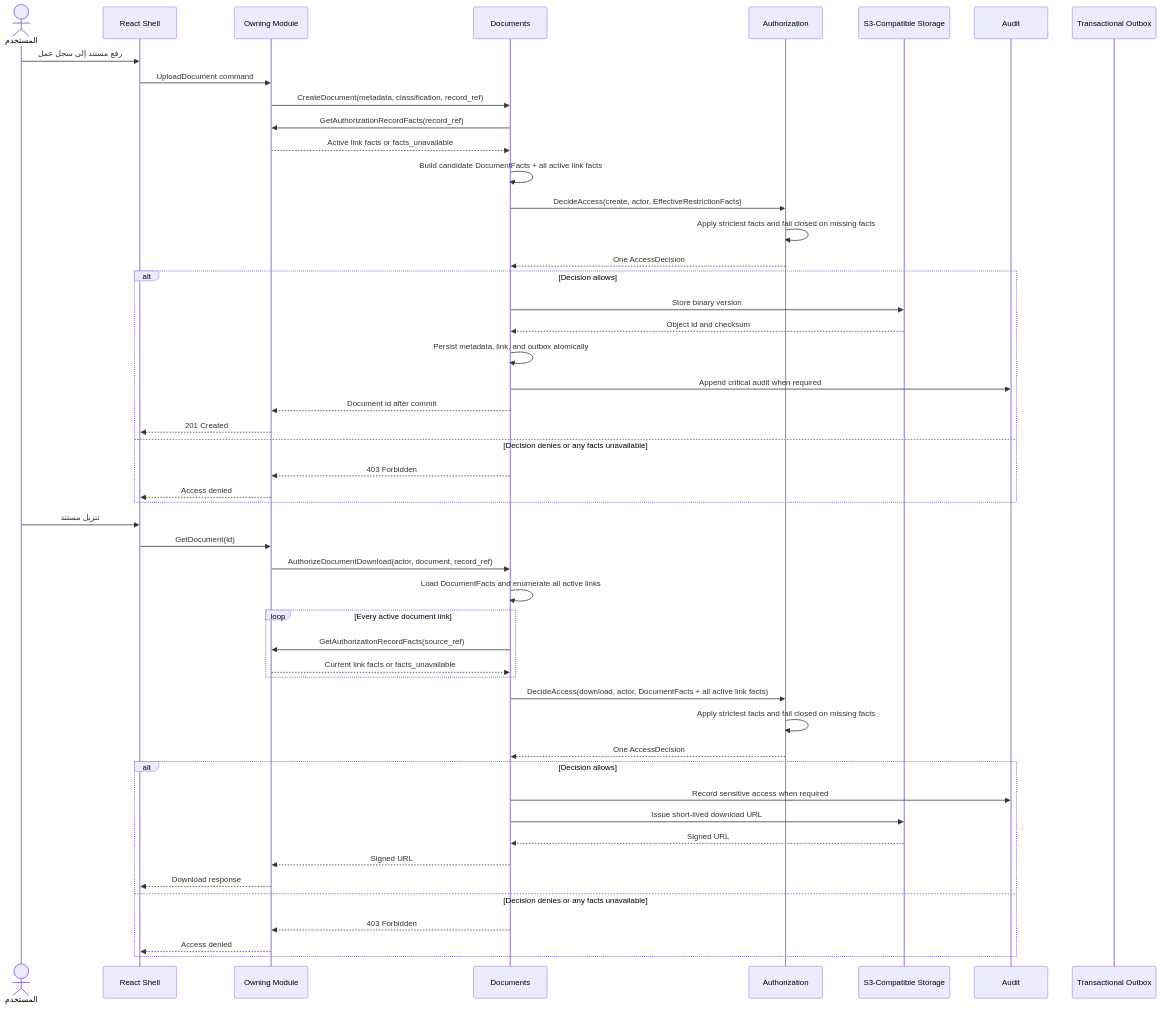
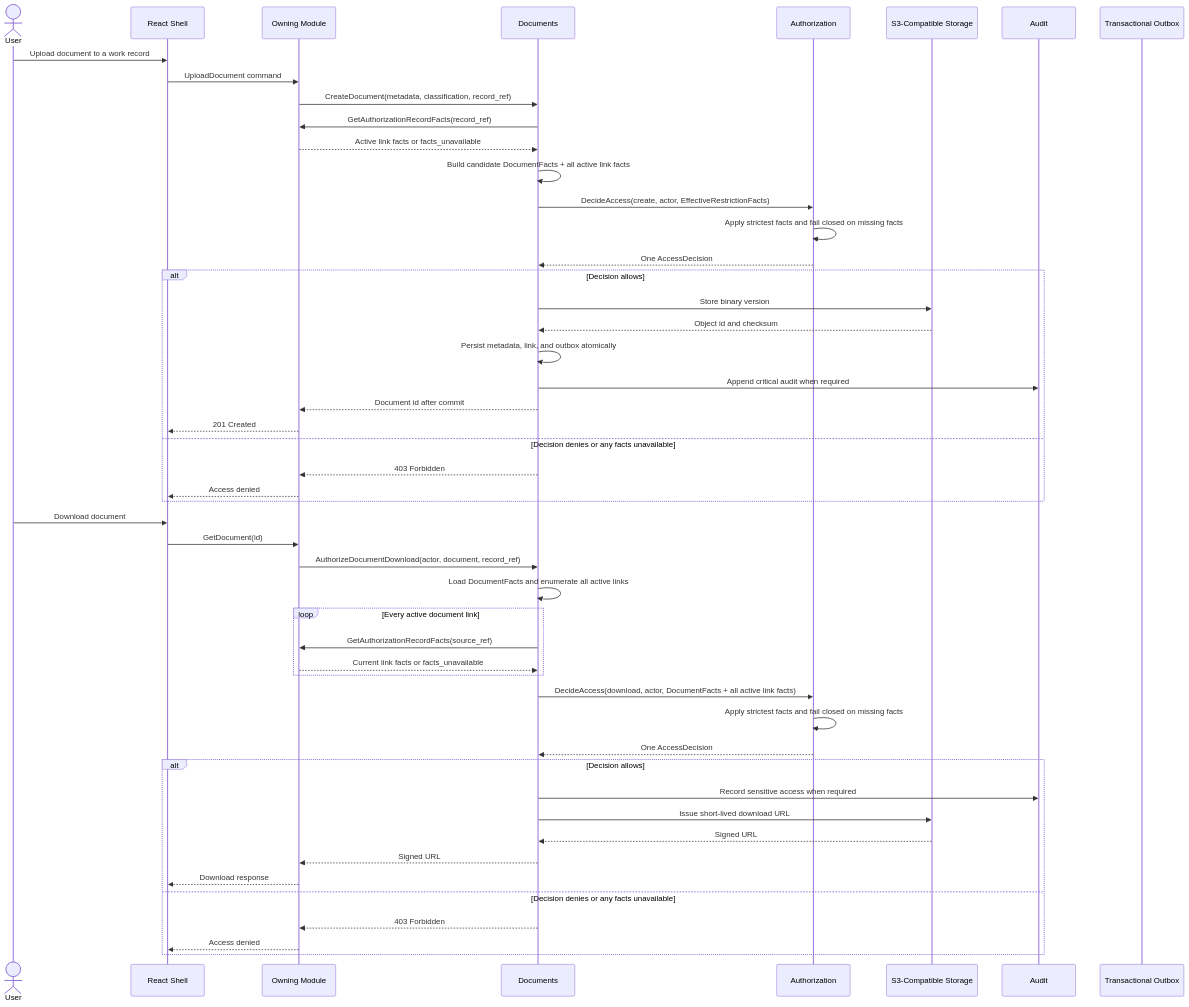
One commit to tariiq222/cluster changed the diagram in docs/architecture/diagrams/document-sequence.mmd. Above: the diagram before and after it, drawn with Mermaid. The commit also changed 129 other files, not shown here.

```diff
--- a/docs/architecture/diagrams/document-sequence.mmd
+++ b/docs/architecture/diagrams/document-sequence.mmd
@@ -1,52 +1,52 @@
 sequenceDiagram
-    actor User as المستخدم
+    actor User as User
     participant UI as React Shell
     participant Owner as Owning Module
     participant Doc as Documents
     participant Auth as Authorization
     participant Storage as S3-Compatible Storage
     participant Audit as Audit
     participant Outbox as Transactional Outbox
 
-    User->>UI: رفع مستند إلى سجل عمل
+    User->>UI: Upload document to a work record
     UI->>Owner: UploadDocument command
     Owner->>Doc: CreateDocument(metadata, classification, record_ref)
     Doc->>Owner: GetAuthorizationRecordFacts(record_ref)
     Owner-->>Doc: Active link facts or facts_unavailable
     Doc->>Doc: Build candidate DocumentFacts + all active link facts
     Doc->>Auth: DecideAccess(create, actor, EffectiveRestrictionFacts)
     Auth->>Auth: Apply strictest facts and fail closed on missing facts
     Auth-->>Doc: One AccessDecision
     alt Decision allows
         Doc->>Storage: Store binary version
         Storage-->>Doc: Object id and checksum
         Doc->>Doc: Persist metadata, link, and outbox atomically
         Doc->>Audit: Append critical audit when required
         Doc-->>Owner: Document id after commit
         Owner-->>UI: 201 Created
     else Decision denies or any facts unavailable
         Doc-->>Owner: 403 Forbidden
         Owner-->>UI: Access denied
     end
 
-    User->>UI: تنزيل مستند
+    User->>UI: Download document
     UI->>Owner: GetDocument(id)
     Owner->>Doc: AuthorizeDocumentDownload(actor, document, record_ref)
     Doc->>Doc: Load DocumentFacts and enumerate all active links
     loop Every active document link
         Doc->>Owner: GetAuthorizationRecordFacts(source_ref)
         Owner-->>Doc: Current link facts or facts_unavailable
     end
     Doc->>Auth: DecideAccess(download, actor, DocumentFacts + all active link facts)
     Auth->>Auth: Apply strictest facts and fail closed on missing facts
     Auth-->>Doc: One AccessDecision
     alt Decision allows
         Doc->>Audit: Record sensitive access when required
         Doc->>Storage: Issue short-lived download URL
         Storage-->>Doc: Signed URL
         Doc-->>Owner: Signed URL
         Owner-->>UI: Download response
     else Decision denies or any facts unavailable
         Doc-->>Owner: 403 Forbidden
         Owner-->>UI: Access denied
     end
```
